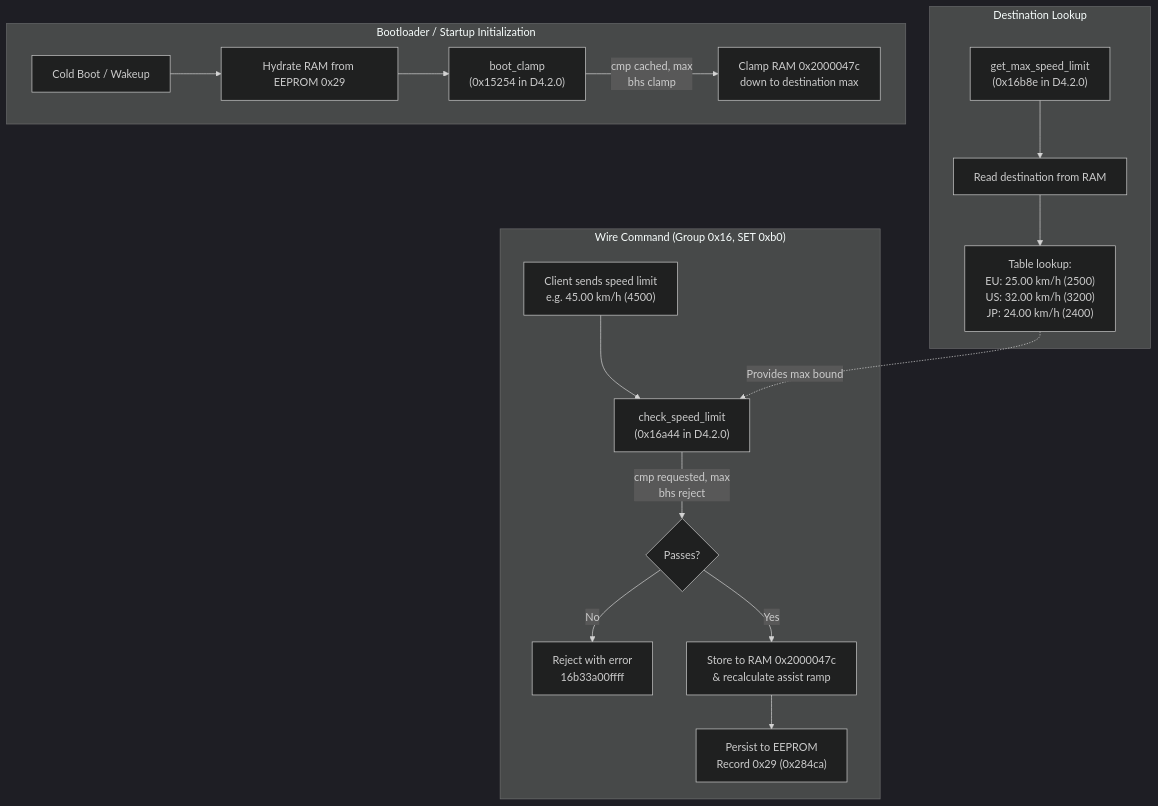
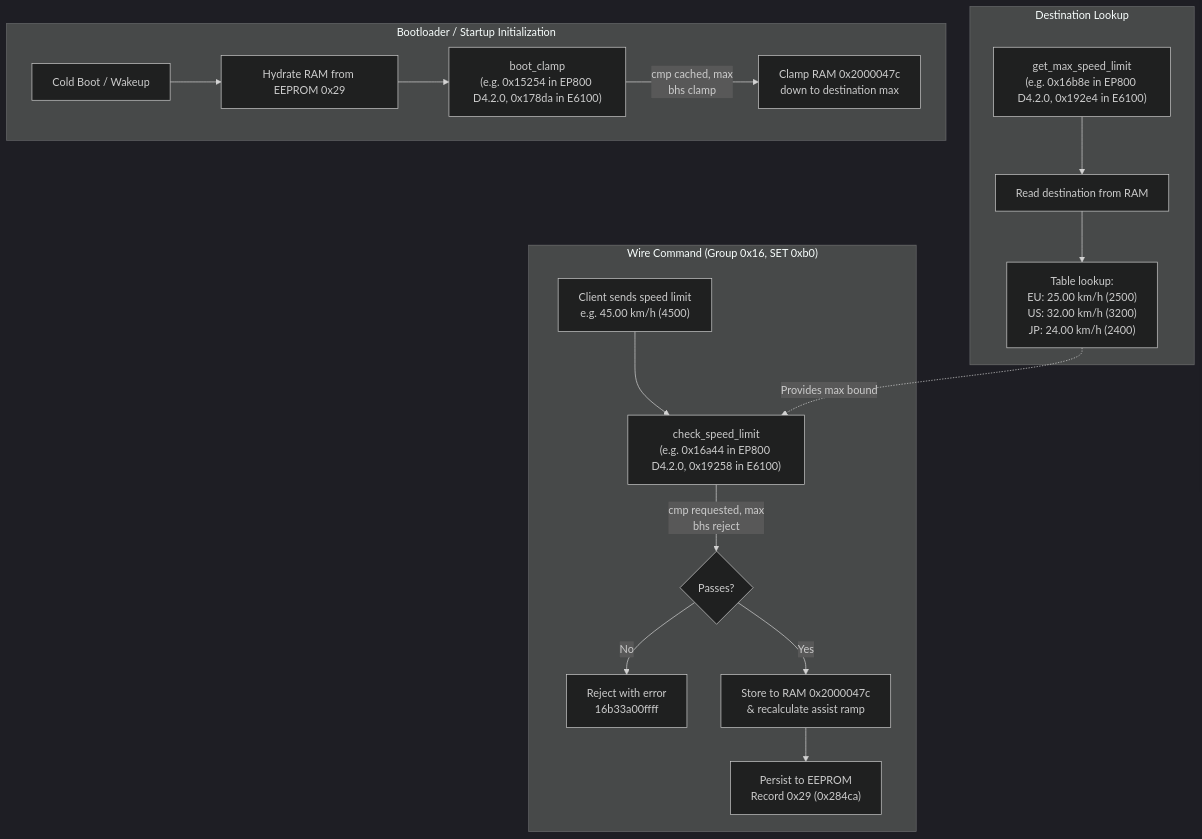
One commit to plainoss/cranklink changed the diagram in docs/ep800-speed-limit-patcher.md. Above: the diagram before and after it, drawn with Mermaid (dark theme). The commit also changed other lines of this file and 5 other files, not shown here.

First line of the commit message:
feat(firmware): extend speed limit patcher across Shimano DCASX motor families

````diff
--- a/docs/ep800-speed-limit-patcher.md
+++ b/docs/ep800-speed-limit-patcher.md
@@ -13,22 +23,22 @@
 ```mermaid
 flowchart TD
     subgraph SET["Wire Command (Group 0x16, SET 0xb0)"]
-        W1["Client sends speed limit<br/>e.g. 45.00 km/h (4500)"] --> W2["check_speed_limit<br/>(0x16a44 in D4.2.0)"]
+        W1["Client sends speed limit<br/>e.g. 45.00 km/h (4500)"] --> W2["check_speed_limit<br/>(e.g. 0x16a44 in EP800 D4.2.0, 0x19258 in E6100)"]
         W2 -->|"cmp requested, max<br/>bhs reject"| W3{"Passes?"}
         W3 -->|No| W4["Reject with error<br/>16b33a00ffff"]
         W3 -->|Yes| W5["Store to RAM 0x2000047c<br/>& recalculate assist ramp"]
         W5 --> W6["Persist to EEPROM<br/>Record 0x29 (0x284ca)"]
     end
 
     subgraph GET["Destination Lookup"]
-        D1["get_max_speed_limit<br/>(0x16b8e in D4.2.0)"] --> D2["Read destination from RAM"]
+        D1["get_max_speed_limit<br/>(e.g. 0x16b8e in EP800 D4.2.0, 0x192e4 in E6100)"] --> D2["Read destination from RAM"]
         D2 --> D3["Table lookup:<br/>EU: 25.00 km/h (2500)<br/>US: 32.00 km/h (3200)<br/>JP: 24.00 km/h (2400)"]
         D3 -.->|"Provides max bound"| W2
     end
 
     subgraph BOOT["Bootloader / Startup Initialization"]
         B1["Cold Boot / Wakeup"] --> B2["Hydrate RAM from EEPROM 0x29"]
-        B2 --> B3["boot_clamp<br/>(0x15254 in D4.2.0)"]
+        B2 --> B3["boot_clamp<br/>(e.g. 0x15254 in EP800 D4.2.0, 0x178da in E6100)"]
         B3 -->|"cmp cached, max<br/>bhs clamp"| B4["Clamp RAM 0x2000047c<br/>down to destination max"]
     end
 ```
````
